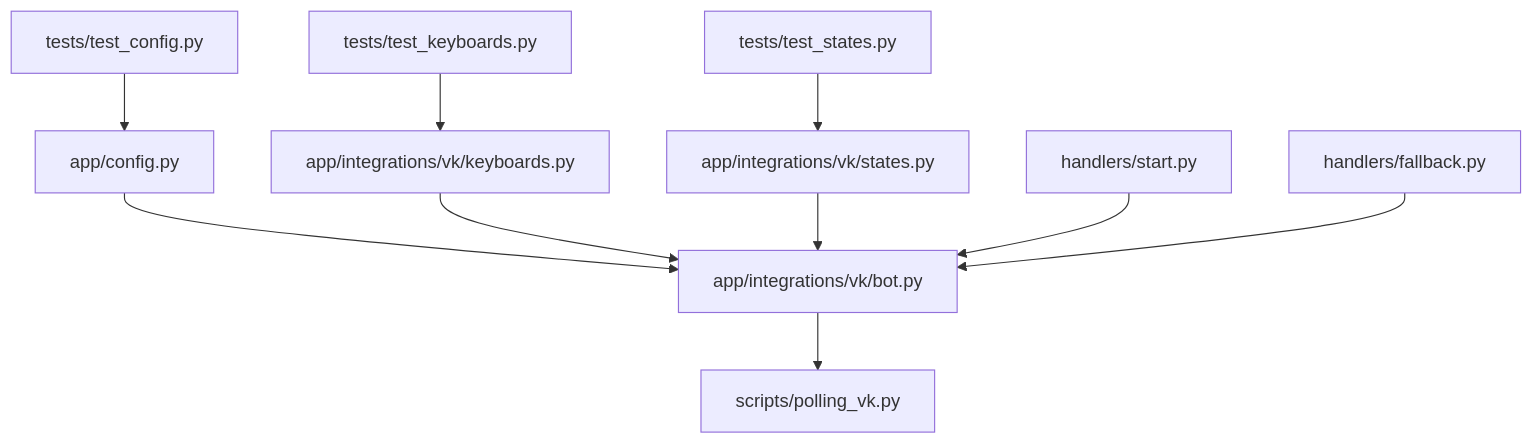
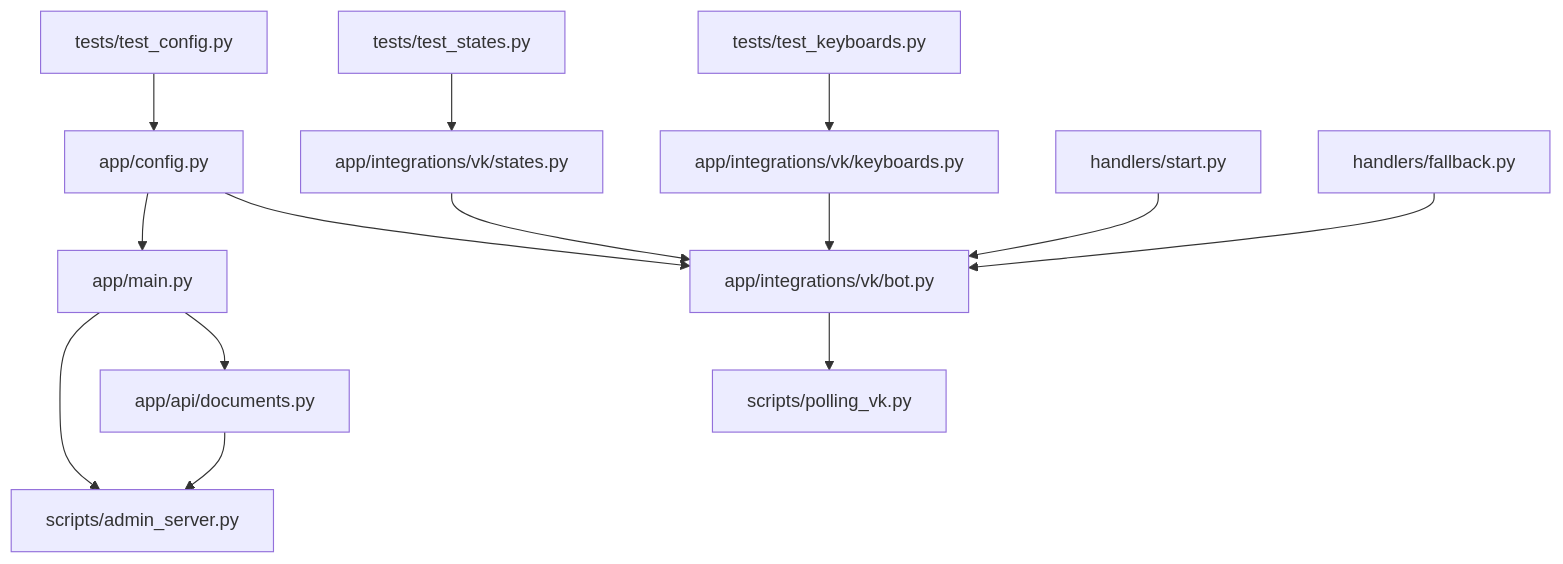
Before and after one commit to ognelis/cafetera_hr_bot: the fifth of 5 diagrams in .qoder/repowiki/en/content/Development Workflow/Development Workflow.md, drawn with Mermaid. The commit also changed other lines of this file and 5 other files, not shown here.

````diff
--- a/.qoder/repowiki/en/content/Development Workflow/Development Workflow.md
+++ b/.qoder/repowiki/en/content/Development Workflow/Development Workflow.md
@@ -277,12 +397,16 @@
 ```mermaid
 graph TD
 CFG["app/config.py"] --> BOT["app/integrations/vk/bot.py"]
+CFG --> MAIN["app/main.py"]
+MAIN --> DOCSAPI["app/api/documents.py"]
 KEY["app/integrations/vk/keyboards.py"] --> BOT
 STAT["app/integrations/vk/states.py"] --> BOT
 START["handlers/start.py"] --> BOT
 FALL["handlers/fallback.py"] --> BOT
 BOT --> POLL["scripts/polling_vk.py"]
+MAIN --> ADMINSRV["scripts/admin_server.py"]
+DOCSAPI --> ADMINSRV
 TCFG["tests/test_config.py"] --> CFG
 TKEY["tests/test_keyboards.py"] --> KEY
 TSTAT["tests/test_states.py"] --> STAT
 ```
````
